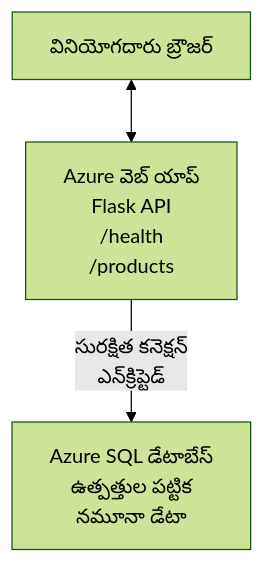
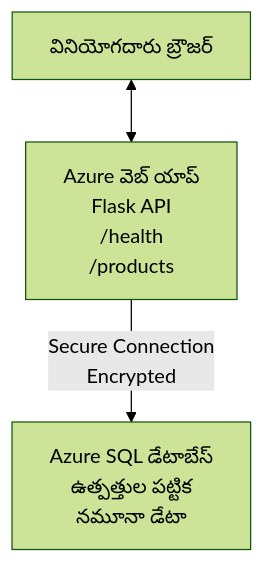
One commit to microsoft/AZD-for-beginners changed the diagram in translations/te/examples/database-app/README.md. Above: the diagram before and after it, drawn with Mermaid (forest theme). The commit also changed other lines of this file and 104 other files, not shown here.

````diff
--- a/translations/te/examples/database-app/README.md
+++ b/translations/te/examples/database-app/README.md
@@ -72,5 +72,5 @@
 ```mermaid
 graph TD
     Browser[వినియోగదారు బ్రౌజర్] <--> WebApp[Azure వెబ్ యాప్<br/>Flask API<br/>/health<br/>/products]
-    WebApp -- సురక్షిత కనెక్షన్<br/>ఎన్‌క్రిప్టెడ్ --> SQL[Azure SQL డేటాబేస్<br/>ఉత్పత్తుల పట్టిక<br/>నమూనా డేటా]
+    WebApp -- Secure Connection<br/>Encrypted --> SQL[Azure SQL డేటాబేస్<br/>ఉత్పత్తుల పట్టిక<br/>నమూనా డేటా]
 ```
````
